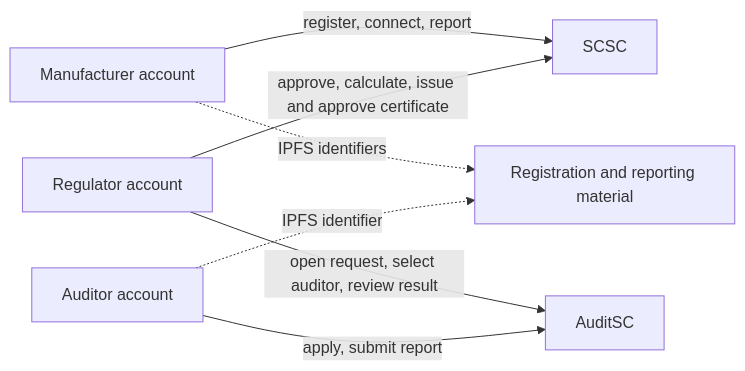
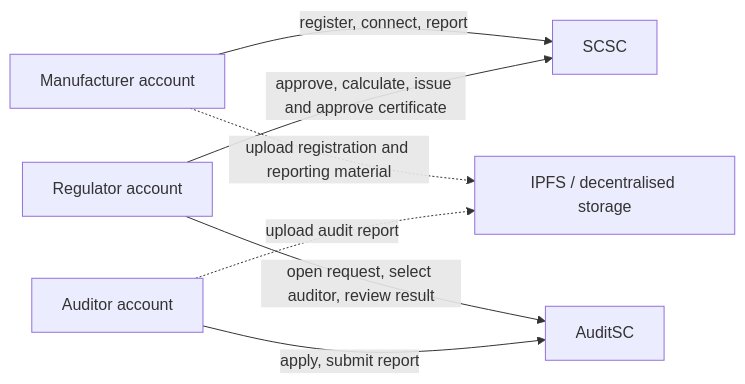
Before and after one commit to AmmarHummieda/CSF---Cement-Sustainability-Framework: the diagram in README.md, drawn with Mermaid. The commit also changed other lines of this file and 1 other file, not shown here.

Commit message:
Clarify paper links and IPFS document flow

````diff
--- a/README.md
+++ b/README.md
@@ -18,9 +20,9 @@
 ```mermaid
 flowchart LR
     M[Manufacturer account] -->|register, connect, report| S[SCSC]
     R[Regulator account] -->|approve, calculate, issue and approve certificate| S
     R -->|open request, select auditor, review result| A[AuditSC]
     I[Auditor account] -->|apply, submit report| A
-    M -. IPFS identifiers .-> O[Registration and reporting material]
-    I -. IPFS identifier .-> O
+    M -. upload registration and reporting material .-> O[IPFS / decentralised storage]
+    I -. upload audit report .-> O
 ```
````
